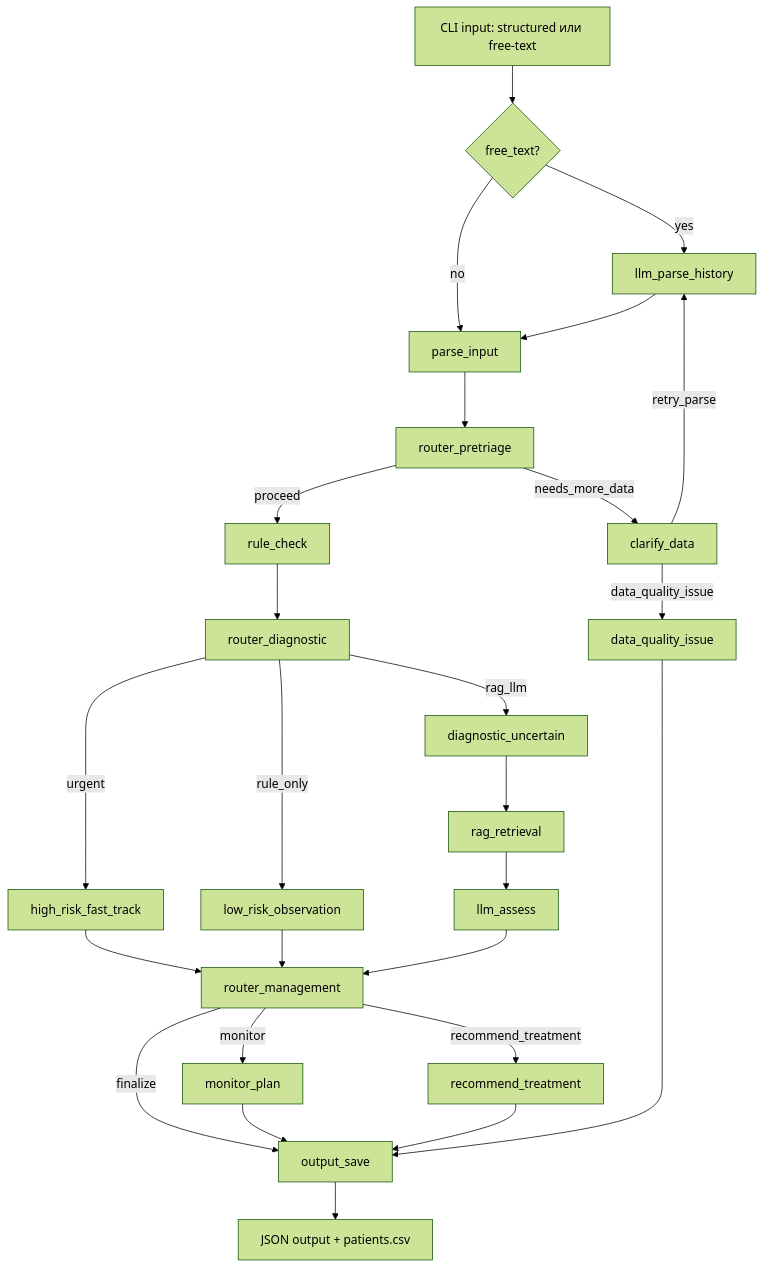
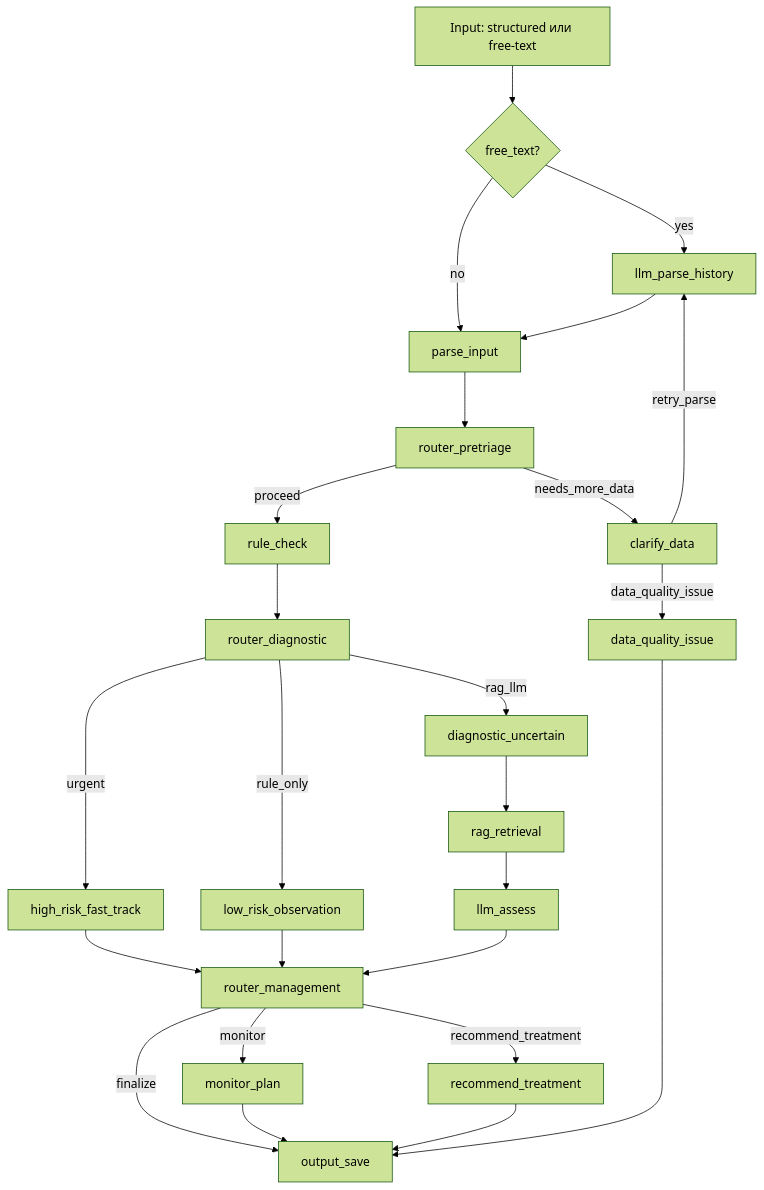
Before and after one commit to Dnoniel-Ermolaev/VKR_OKR_2026: the second of 2 diagrams in README.md, drawn with Mermaid (forest theme). The commit also changed other lines of this file and 43 other files, not shown here.

````diff
--- a/README.md
+++ b/README.md
@@ -36,28 +70,27 @@
 ```mermaid
 graph TD
-    A[CLI input: structured или free-text] --> B{free_text?}
-    B -->|yes| C[llm_parse_history]
-    B -->|no| D[parse_input]
-    C --> D
-    D --> E[router_pretriage]
-    E -->|needs_more_data| F[clarify_data]
-    F -->|retry_parse| C
-    F -->|data_quality_issue| G[data_quality_issue]
-    E -->|proceed| H[rule_check]
-    H --> I[router_diagnostic]
-    I -->|urgent| J[high_risk_fast_track]
-    I -->|rag_llm| K[diagnostic_uncertain]
-    I -->|rule_only| L[low_risk_observation]
-    K --> M[rag_retrieval]
-    M --> N[llm_assess]
-    J --> O[router_management]
-    L --> O
-    N --> O
-    O -->|monitor| P[monitor_plan]
-    O -->|recommend_treatment| Q[recommend_treatment]
-    O -->|finalize| R[output_save]
-    P --> R
-    Q --> R
-    G --> R
-    R --> S[JSON output + patients.csv]
+    Start["Input: structured или free-text"] --> FreeText{"free_text?"}
+    FreeText -->|yes| ParseHistory[llm_parse_history]
+    FreeText -->|no| ParseInput[parse_input]
+    ParseHistory --> ParseInput
+    ParseInput --> Pretriage[router_pretriage]
+    Pretriage -->|needs_more_data| Clarify[clarify_data]
+    Clarify -->|retry_parse| ParseHistory
+    Clarify -->|data_quality_issue| DataIssue[data_quality_issue]
+    Pretriage -->|proceed| RuleCheck[rule_check]
+    RuleCheck --> Diagnostic[router_diagnostic]
+    Diagnostic -->|urgent| FastTrack[high_risk_fast_track]
+    Diagnostic -->|rag_llm| Uncertain[diagnostic_uncertain]
+    Diagnostic -->|rule_only| Observation[low_risk_observation]
+    Uncertain --> RagRetrieval[rag_retrieval]
+    RagRetrieval --> LlmAssess[llm_assess]
+    FastTrack --> Management[router_management]
+    Observation --> Management
+    LlmAssess --> Management
+    Management -->|monitor| MonitorPlan[monitor_plan]
+    Management -->|recommend_treatment| Recommend[recommend_treatment]
+    Management -->|finalize| OutputSave[output_save]
+    MonitorPlan --> OutputSave
+    Recommend --> OutputSave
+    DataIssue --> OutputSave
 ```
````
